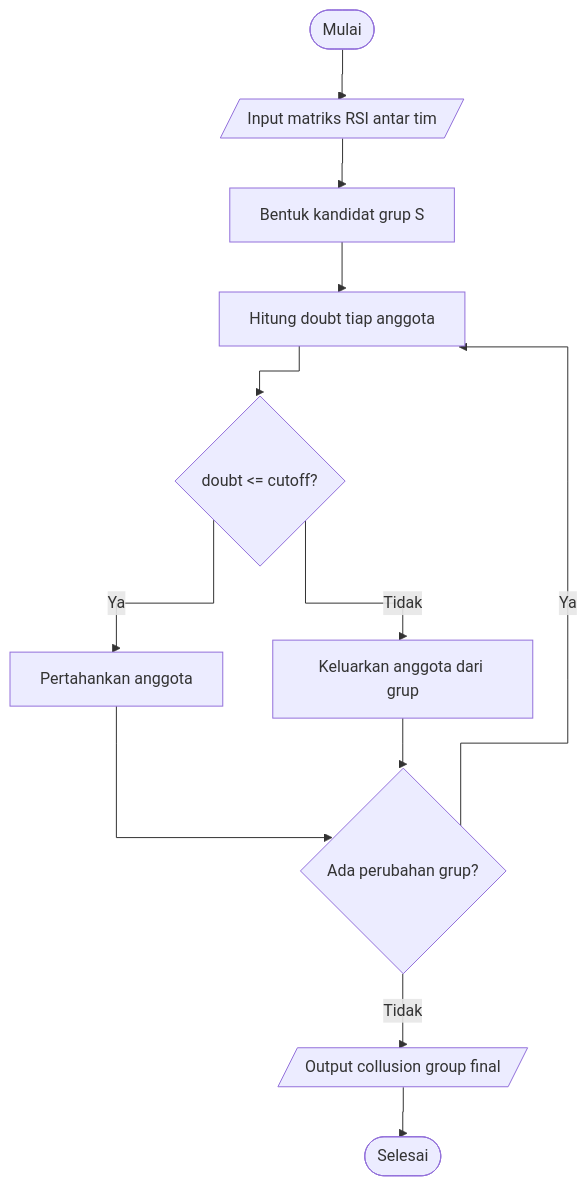
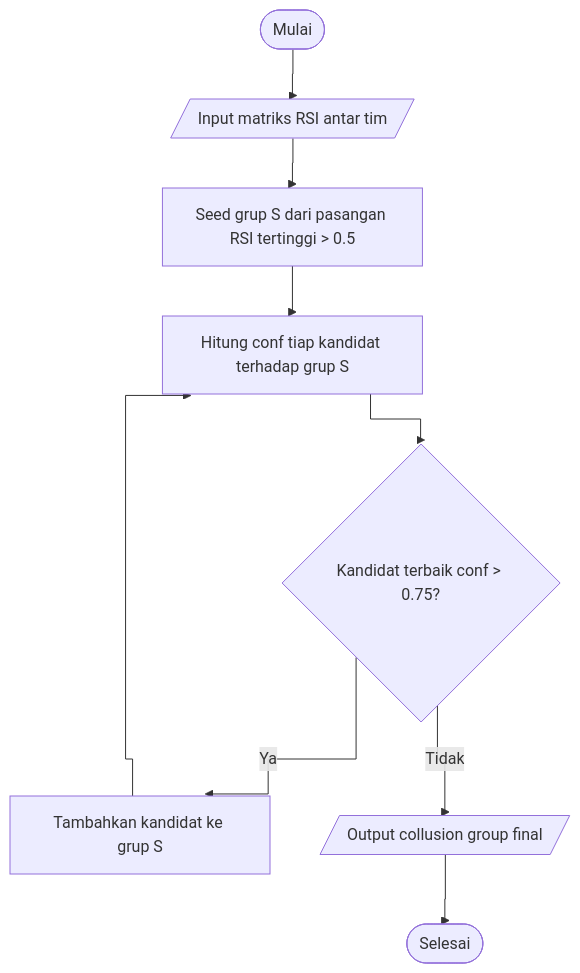
The eighth of 10 diagrams in index.qmd (dimasma0305/proposal-skripsi), drawn with Mermaid before and after one commit. The commit also changed other lines of this file and 46 other files, not shown here.

````diff
--- a/index.qmd
+++ b/index.qmd
@@ -646,17 +662,14 @@
 ```{mermaid}
 %%| fig-cap: "Flowchart Confidence Screening Detector (CSD)"
 %%| label: fig-flow-csd
 %%{init: {"flowchart": {"curve": "stepBefore"}}}%%
 flowchart TD
     Start([Mulai]) --> A[/Input matriks RSI antar tim/]
-    A --> B[Bentuk kandidat grup S]
-    B --> C[Hitung doubt tiap anggota]
-    C --> D{doubt <= cutoff?}
-    D -- Ya --> E[Pertahankan anggota]
-    D -- Tidak --> F[Keluarkan anggota dari grup]
-    E --> G{Ada perubahan grup?}
-    F --> G
-    G -- Ya --> C
-    G -- Tidak --> H[/Output collusion group final/]
+    A --> B[Seed grup S dari pasangan RSI tertinggi > 0.5]
+    B --> C[Hitung conf tiap kandidat terhadap grup S]
+    C --> D{Kandidat terbaik conf > 0.75?}
+    D -- Ya --> E[Tambahkan kandidat ke grup S]
+    E --> C
+    D -- Tidak --> H[/Output collusion group final/]
     H --> End([Selesai])
 ```
````
